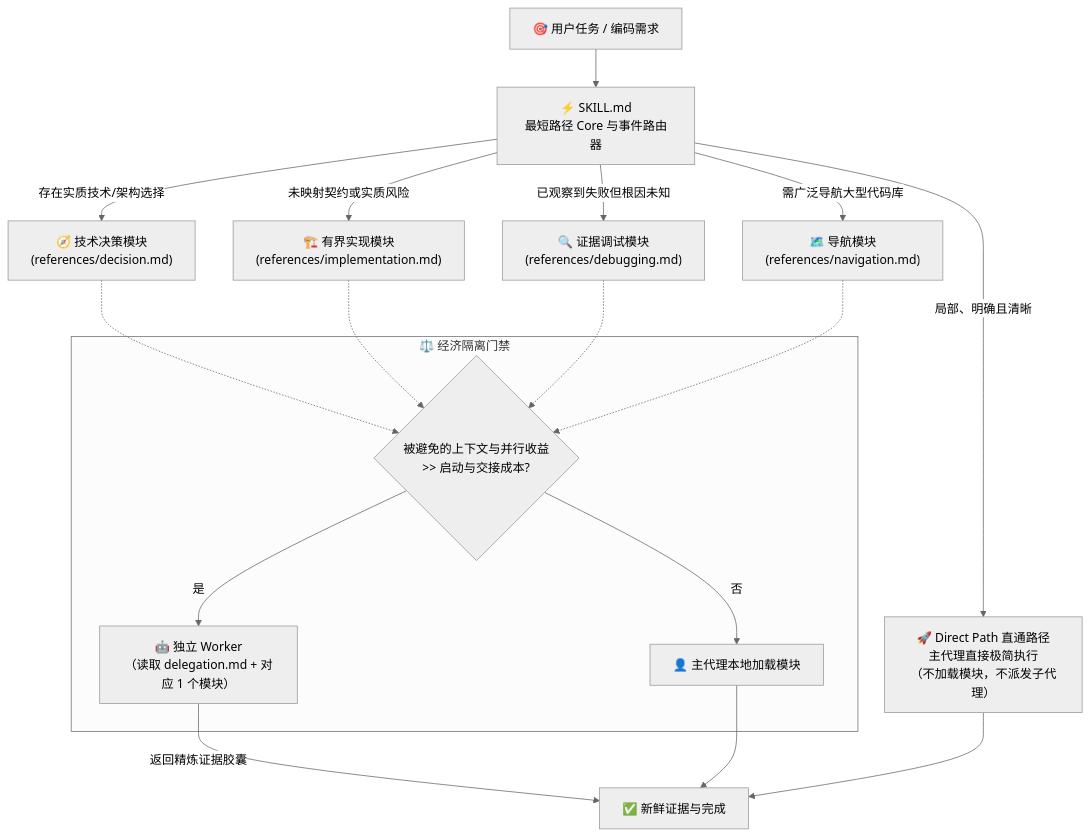
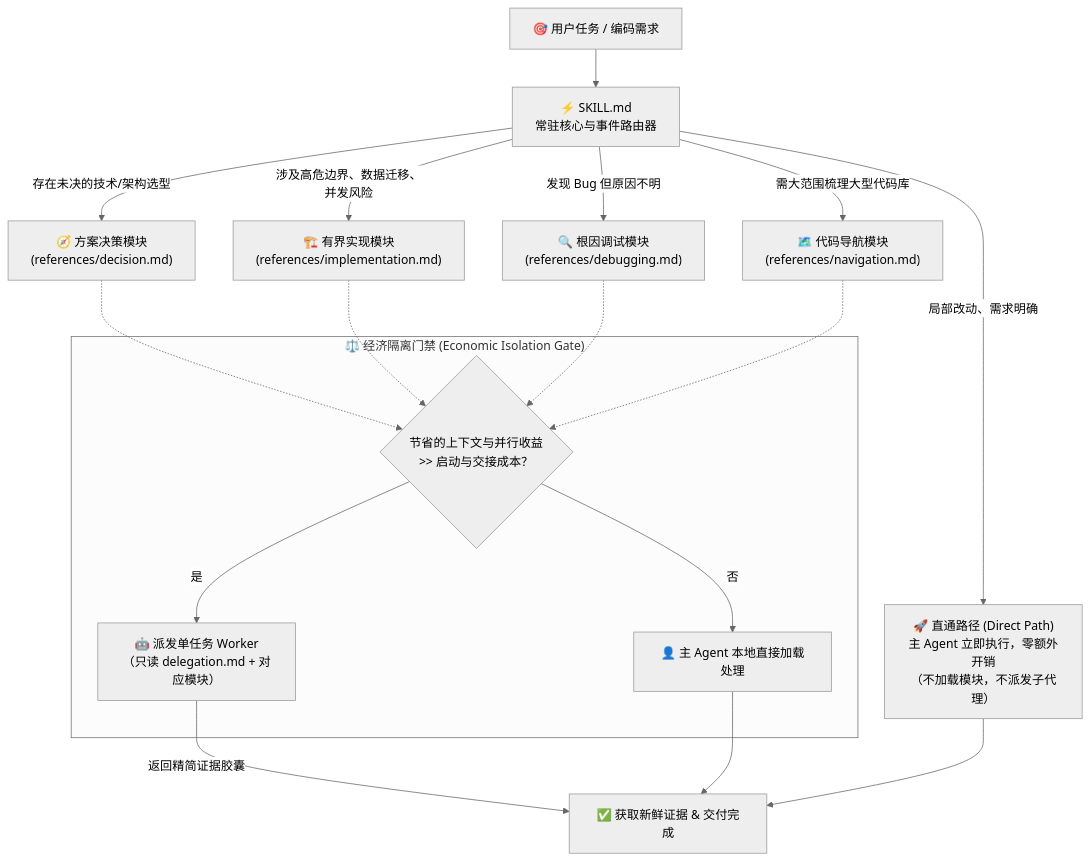
One commit to Hubujiu/practical-coding changed the diagram in README_zh.md. Above: the diagram before and after it, drawn with Mermaid (neutral theme). The commit also changed other lines of this file and 1 other file, not shown here.

````diff
--- a/README_zh.md
+++ b/README_zh.md
@@ -125,24 +109,24 @@
 ```mermaid
 flowchart TB
-    Task["🎯 用户任务 / 编码需求"] --> Core["⚡ SKILL.md<br/>最短路径 Core 与事件路由器"]
+    Task["🎯 用户任务 / 编码需求"] --> Core["⚡ SKILL.md<br/>常驻核心与事件路由器"]
 
-    Core -->|"局部、明确且清晰"| Direct["🚀 Direct Path 直通路径<br/>主代理直接极简执行<br/>（不加载模块，不派发子代理）"]
-    Core -->|"存在实质技术/架构选择"| D["🧭 技术决策模块<br/>(references/decision.md)"]
-    Core -->|"未映射契约或实质风险"| I["🏗️ 有界实现模块<br/>(references/implementation.md)"]
-    Core -->|"已观察到失败但根因未知"| G["🔍 证据调试模块<br/>(references/debugging.md)"]
-    Core -->|"需广泛导航大型代码库"| E["🗺️ 导航模块<br/>(references/navigation.md)"]
+    Core -->|"局部改动、需求明确"| Direct["🚀 直通路径 (Direct Path)<br/>主 Agent 立即执行，零额外开销<br/>（不加载模块，不派发子代理）"]
+    Core -->|"存在未决的技术/架构选型"| D["🧭 方案决策模块<br/>(references/decision.md)"]
+    Core -->|"涉及高危边界、数据迁移、并发风险"| I["🏗️ 有界实现模块<br/>(references/implementation.md)"]
+    Core -->|"发现 Bug 但原因不明"| G["🔍 根因调试模块<br/>(references/debugging.md)"]
+    Core -->|"需大范围梳理大型代码库"| E["🗺️ 代码导航模块<br/>(references/navigation.md)"]
 
-    subgraph IsolationGate["⚖️ 经济隔离门禁"]
-        IG{"被避免的上下文与并行收益<br/>>> 启动与交接成本?"}
-        IG -->|"是"| Worker["🤖 独立 Worker<br/>（读取 delegation.md + 对应 1 个模块）"]
-        IG -->|"否"| RootExec["👤 主代理本地加载模块"]
+    subgraph IsolationGate["⚖️ 经济隔离门禁 (Economic Isolation Gate)"]
+        IG{"节省的上下文与并行收益<br/>>> 启动与交接成本？"}
+        IG -->|"是"| Worker["🤖 派发单任务 Worker<br/>（只读 delegation.md + 对应模块）"]
+        IG -->|"否"| RootExec["👤 主 Agent 本地直接加载处理"]
     end
 
     D -.-> IG
     I -.-> IG
     G -.-> IG
     E -.-> IG
-    Worker -->|"返回精炼证据胶囊"| Done["✅ 新鲜证据与完成"]
+    Worker -->|"返回精简证据胶囊"| Done["✅ 获取新鲜证据 & 交付完成"]
     RootExec --> Done
     Direct --> Done
 ```
````
